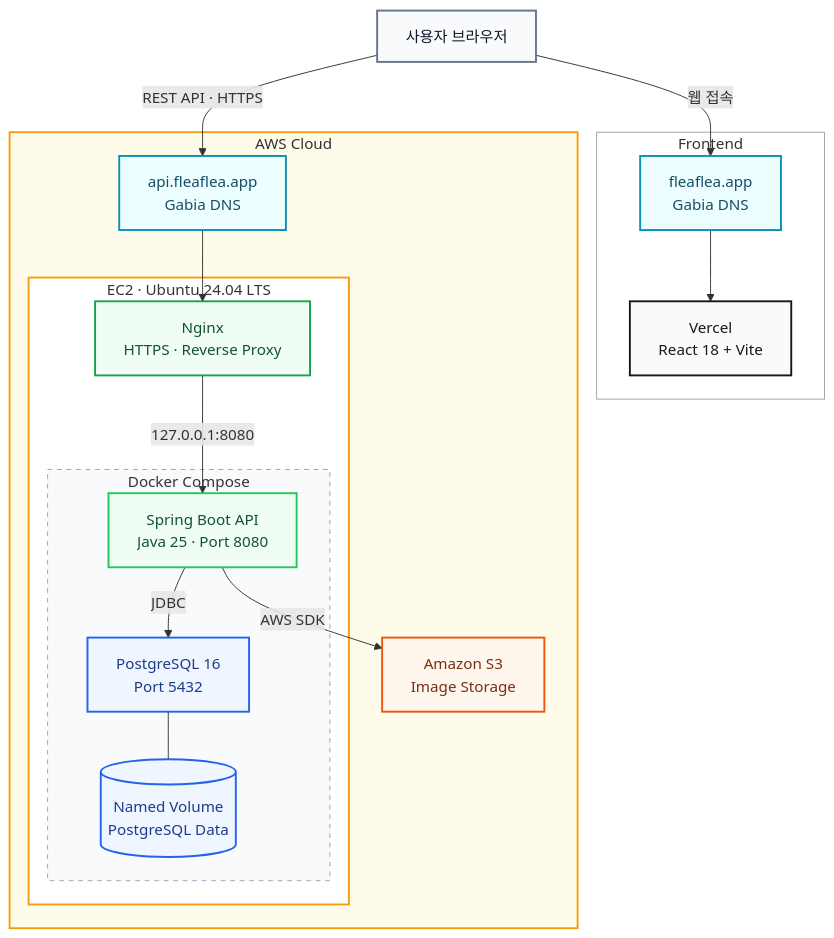
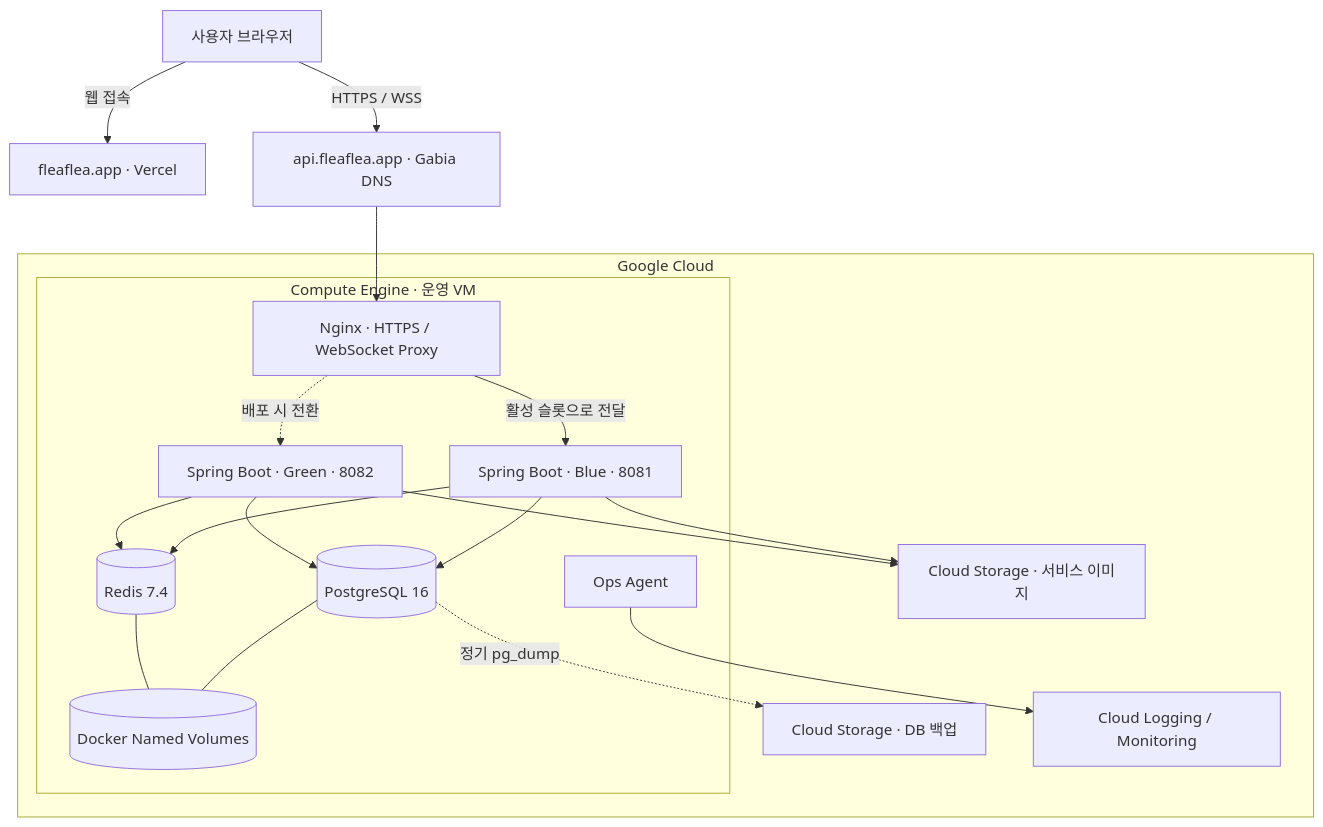
One commit to hyundai-autoever-team3/fleaflea-backend changed the first of 2 diagrams in README.md. Above: the diagram before and after it, drawn with Mermaid. The commit also changed other lines of this file, not shown here.

Commit message:
docs: GCP 운영 구성에 맞춰 README 정리

````diff
--- a/README.md
+++ b/README.md
@@ -22,58 +51,39 @@
 ```mermaid
 flowchart TB
     USER["사용자 브라우저"]
+    WEB["fleaflea.app · Vercel"]
+    DNS["api.fleaflea.app · Gabia DNS"]
 
-    subgraph FRONTEND["Frontend"]
-        WEB_DNS["fleaflea.app<br/>Gabia DNS"]
-        VERCEL["Vercel<br/>React 18 + Vite"]
+    subgraph GCP["Google Cloud"]
+        subgraph VM["Compute Engine · 운영 VM"]
+            NGINX["Nginx · HTTPS / WebSocket Proxy"]
+            BLUE["Spring Boot · Blue · 8081"]
+            GREEN["Spring Boot · Green · 8082"]
+            DB[("PostgreSQL 16")]
+            REDIS[("Redis 7.4")]
+            VOLUME[("Docker Named Volumes")]
+            AGENT["Ops Agent"]
 
-        WEB_DNS --> VERCEL
+            NGINX -->|"활성 슬롯으로 전달"| BLUE
+            NGINX -.->|"배포 시 전환"| GREEN
+            BLUE --> DB
+            GREEN --> DB
+            BLUE --> REDIS
+            GREEN --> REDIS
+            DB --- VOLUME
+            REDIS --- VOLUME
+        end
+
+        IMAGES["Cloud Storage · 서비스 이미지"]
+        BACKUP["Cloud Storage · DB 백업"]
+        OBSERVE["Cloud Logging / Monitoring"]
+        BLUE --> IMAGES
+        GREEN --> IMAGES
+        DB -.->|"정기 pg_dump"| BACKUP
+        AGENT --> OBSERVE
     end
 
-    subgraph AWS["AWS Cloud"]
-        API_DNS["api.fleaflea.app<br/>Gabia DNS"]
-
-        subgraph EC2["EC2 · Ubuntu 24.04 LTS"]
-            NGINX["Nginx<br/>HTTPS · Reverse Proxy"]
-
-            subgraph DOCKER["Docker Compose"]
-                APP["Spring Boot API<br/>Java 25 · Port 8080"]
-                DB["PostgreSQL 16<br/>Port 5432"]
-                VOLUME[("Named Volume<br/>PostgreSQL Data")]
-
-                APP -->|"JDBC"| DB
-                DB --- VOLUME
-            end
-        end
-
-        S3["Amazon S3<br/>Image Storage"]
-
-        API_DNS --> NGINX
-        NGINX -->|"127.0.0.1:8080"| APP
-        APP -->|"AWS SDK"| S3
-    end
-
-    USER -->|"웹 접속"| WEB_DNS
-    USER -->|"REST API · HTTPS"| API_DNS
-
-    classDef user fill:#f8fafc,stroke:#64748b,stroke-width:2px,color:#0f172a;
-    classDef dns fill:#ecfeff,stroke:#0891b2,stroke-width:2px,color:#164e63;
-    classDef frontend fill:#fafafa,stroke:#18181b,stroke-width:2px,color:#18181b;
-    classDef proxy fill:#f0fdf4,stroke:#16a34a,stroke-width:2px,color:#14532d;
-    classDef application fill:#f0fdf4,stroke:#22c55e,stroke-width:2px,color:#14532d;
-    classDef database fill:#eff6ff,stroke:#2563eb,stroke-width:2px,color:#1e3a8a;
-    classDef storage fill:#fff7ed,stroke:#ea580c,stroke-width:2px,color:#7c2d12;
-
-    class USER user;
-    class WEB_DNS,API_DNS dns;
-    class VERCEL frontend;
-    class NGINX proxy;
-    class APP application;
-    class DB,VOLUME database;
-    class S3 storage;
-
-    style FRONTEND fill:#ffffff,stroke:#a1a1aa,stroke-width:1px
-    style AWS fill:#fffbeb,stroke:#f59e0b,stroke-width:2px
-    style EC2 fill:#ffffff,stroke:#f59e0b,stroke-width:2px
-    style DOCKER fill:#f8fafc,stroke:#94a3b8,stroke-width:1px,stroke-dasharray:5 5
+    USER -->|"웹 접속"| WEB
+    USER -->|"HTTPS / WSS"| DNS
+    DNS --> NGINX
 ```
````
